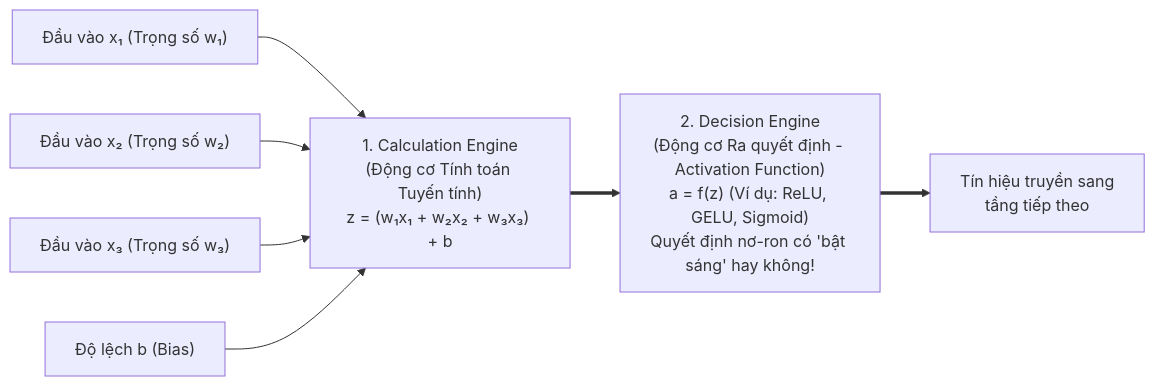
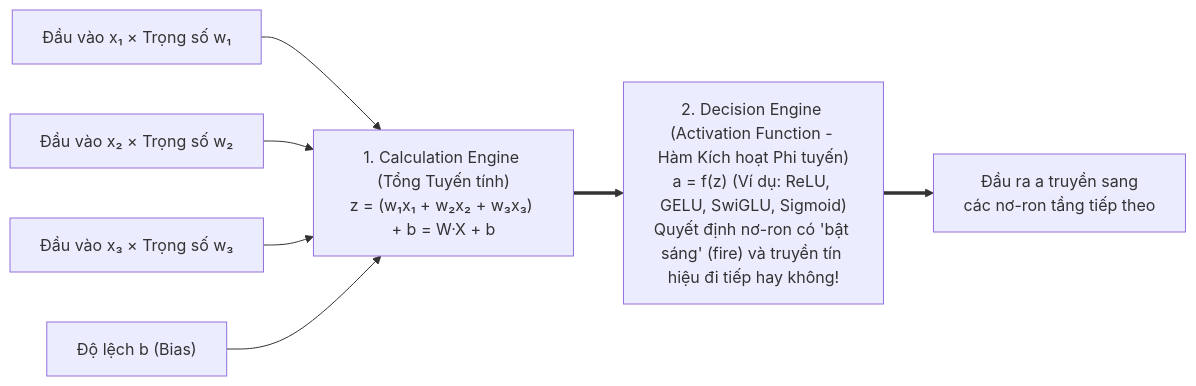
One commit to nxthanh2904/nca-genl changed the first of 6 diagrams in Module_10_Additional_Topics.md. Above: the diagram before and after it, drawn with Mermaid. The commit also changed other lines of this file and 11 other files, not shown here.

````diff
--- a/Module_10_Additional_Topics.md
+++ b/Module_10_Additional_Topics.md
@@ -14,15 +14,15 @@
 ```mermaid
 flowchart LR
-    X1["Đầu vào x₁ (Trọng số w₁)"]
-    X2["Đầu vào x₂ (Trọng số w₂)"]
-    X3["Đầu vào x₃ (Trọng số w₃)"]
+    X1["Đầu vào x₁ × Trọng số w₁"]
+    X2["Đầu vào x₂ × Trọng số w₂"]
+    X3["Đầu vào x₃ × Trọng số w₃"]
     Bias["Độ lệch b (Bias)"]
 
-    Calc["1. Calculation Engine<br/>(Động cơ Tính toán Tuyến tính)<br/>z = (w₁x₁ + w₂x₂ + w₃x₃) + b"]
+    Calc["1. Calculation Engine (Tổng Tuyến tính)<br/>z = (w₁x₁ + w₂x₂ + w₃x₃) + b = W·X + b"]
     
-    Act["2. Decision Engine<br/>(Động cơ Ra quyết định - Activation Function)<br/>a = f(z) (Ví dụ: ReLU, GELU, Sigmoid)<br/>Quyết định nơ-ron có 'bật sáng' hay không!"]
+    Act["2. Decision Engine (Activation Function - Hàm Kích hoạt Phi tuyến)<br/>a = f(z) (Ví dụ: ReLU, GELU, SwiGLU, Sigmoid)<br/>Quyết định nơ-ron có 'bật sáng' (fire) và truyền tín hiệu đi tiếp hay không!"]
 
-    Out["Tín hiệu truyền sang<br/>tầng tiếp theo"]
+    Out["Đầu ra a truyền sang<br/>các nơ-ron tầng tiếp theo"]
 
     X1 & X2 & X3 & Bias --> Calc ==> Act ==> Out
 ```
````
